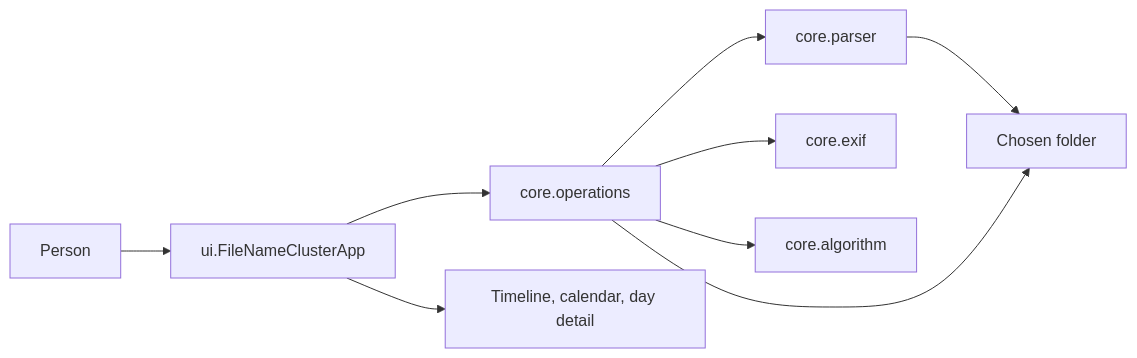
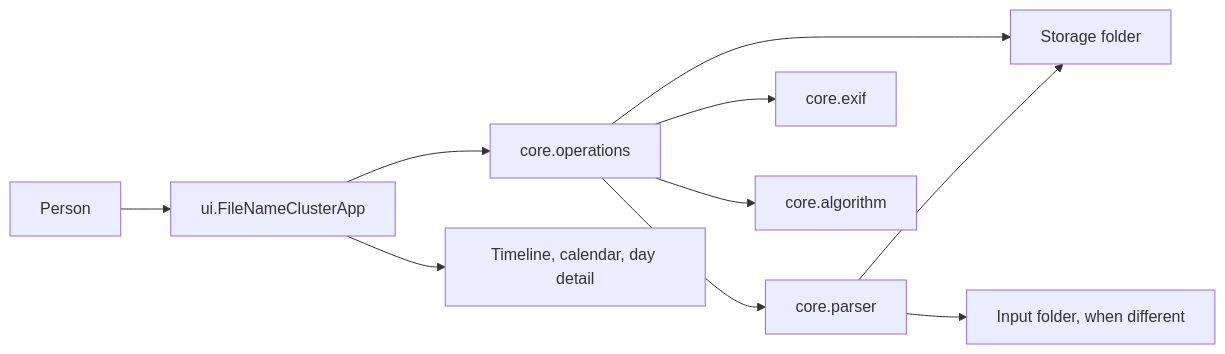
One commit to rvcgeeks/filenamecluster changed the first of 5 diagrams in docs/architecture.md. Above: the diagram before and after it, drawn with Mermaid. The commit also changed other lines of this file and 47 other files, not shown here.

````diff
--- a/docs/architecture.md
+++ b/docs/architecture.md
@@ -13,11 +13,12 @@
 ```mermaid
 flowchart LR
     person["Person"] --> ui["ui.FileNameClusterApp"]
     ui --> pipe["core.operations"]
     pipe --> parser["core.parser"]
     pipe --> exif["core.exif"]
     pipe --> algo["core.algorithm"]
-    parser --> folder["Chosen folder"]
+    parser --> folder["Storage folder"]
+    parser --> incoming["Input folder, when different"]
     pipe --> folder
     ui --> views["Timeline, calendar, day detail"]
 ```
````
